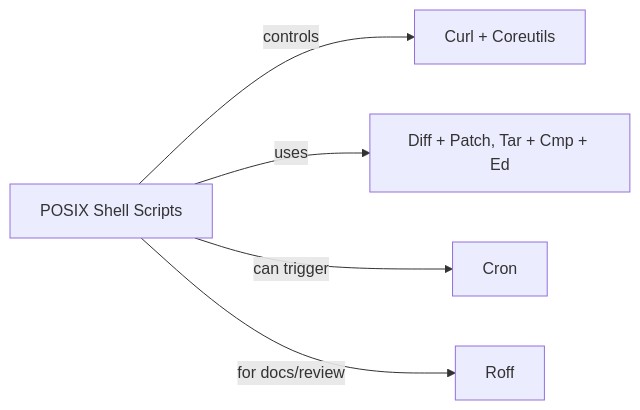
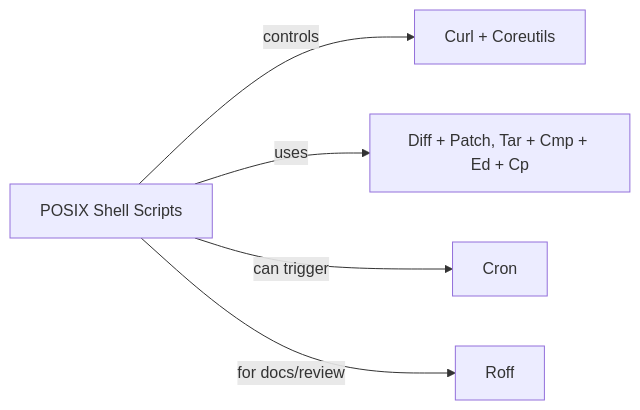
One commit to 2MuchC0ff33/elvis changed the third of 11 diagrams in README.md. Above: the diagram before and after it, drawn with Mermaid. The commit also changed other lines of this file and 3 other files, not shown here.

````diff
--- a/README.md
+++ b/README.md
@@ -189,7 +188,7 @@
 ```mermaid
 graph LR
     Shell[POSIX Shell Scripts] -- controls --> CurlCoreutils["Curl + Coreutils"]
-    Shell -- uses --> DiffPatchTarCmpEd["Diff + Patch, Tar + Cmp + Ed"]
+    Shell -- uses --> DiffPatchTarCmpEdCp["Diff + Patch, Tar + Cmp + Ed + Cp"]
     Shell -- can trigger --> Cron
     Shell -- for docs/review --> Roff
 ```
````
